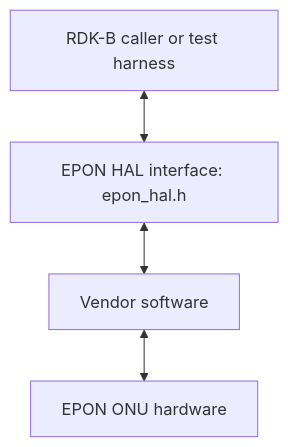
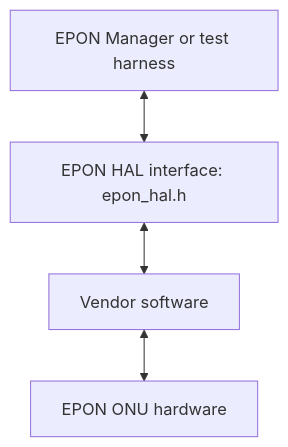
The first of 4 diagrams in docs/pages/EponhalSpec.md (rdkcentral/rdkb-halif-epon), drawn with Mermaid before and after one commit. The commit also changed other lines of this file and 5 other files, not shown here.

````diff
--- a/docs/pages/EponhalSpec.md
+++ b/docs/pages/EponhalSpec.md
@@ -54,7 +54,7 @@
 ```mermaid
 flowchart TD;
-    Caller["RDK-B caller or test harness"] <-->
+    Caller["EPON Manager or test harness"] <-->
     EponHAL["EPON HAL interface: epon_hal.h"] <-->
     VendorSoftware["Vendor software"] <-->
     Onu["EPON ONU hardware"]
 ```
````
